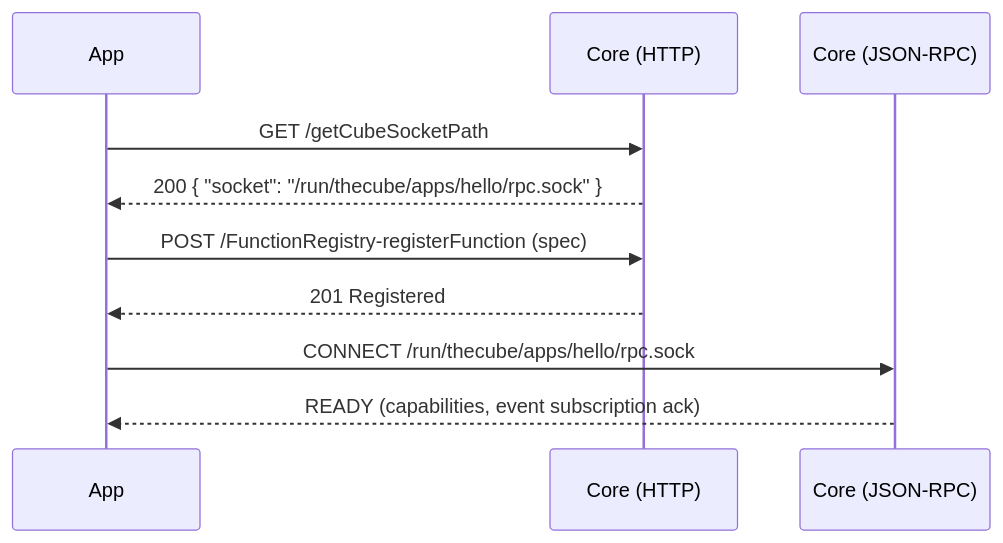
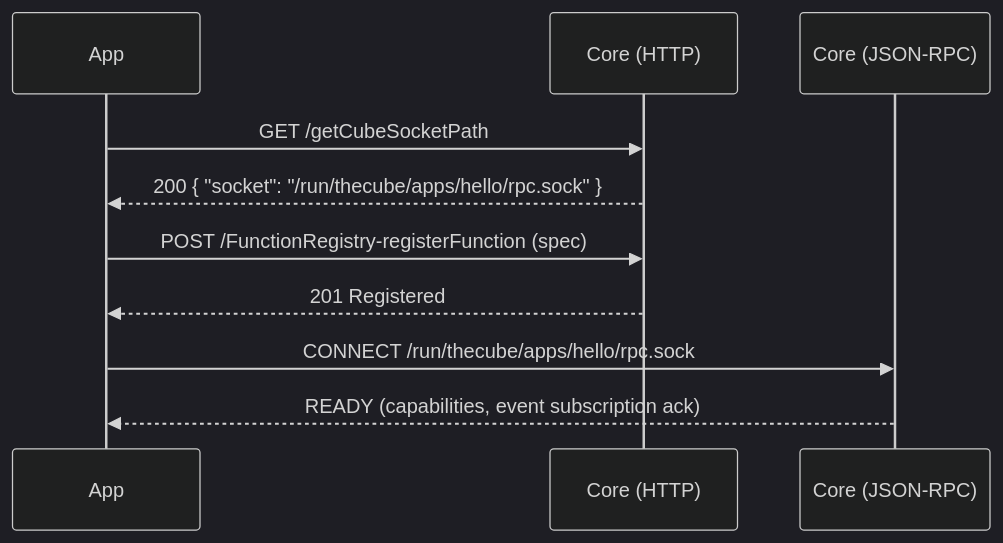
The second of 3 diagrams in core/architecture.md (Companion-TheCube/Companion-TheCube.github.io), drawn with Mermaid before and after one commit. The commit also changed other lines of this file and 1 other file, not shown here.

Commit message:
feat: add mermaid support to architecture documentation

````diff
--- a/core/architecture.md
+++ b/core/architecture.md
@@ -210,13 +214,14 @@
 ```mermaid
+%%{init: {'theme': 'dark', 'themeVariables': { 'fontSize': '18px', 'fontFamily': 'monospace' }}}%%
 sequenceDiagram
   participant App
   participant CoreHTTP as Core (HTTP)
   participant CoreRPC as Core (JSON‑RPC)
 
   App->>CoreHTTP: GET /getCubeSocketPath
   CoreHTTP-->>App: 200 { "socket": "/run/thecube/apps/hello/rpc.sock" }
   App->>CoreHTTP: POST /FunctionRegistry-registerFunction (spec)
   CoreHTTP-->>App: 201 Registered
   App->>CoreRPC: CONNECT /run/thecube/apps/hello/rpc.sock
   CoreRPC-->>App: READY (capabilities, event subscription ack)
 ```
````
